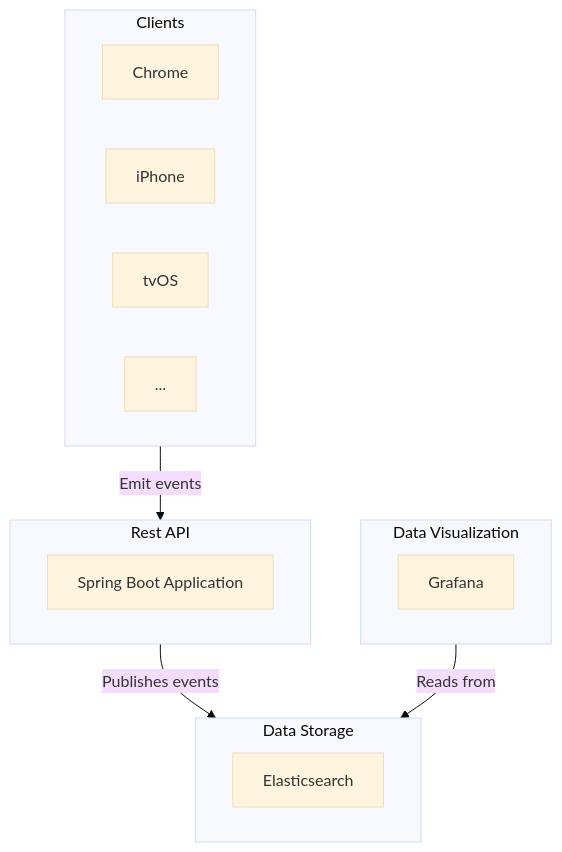
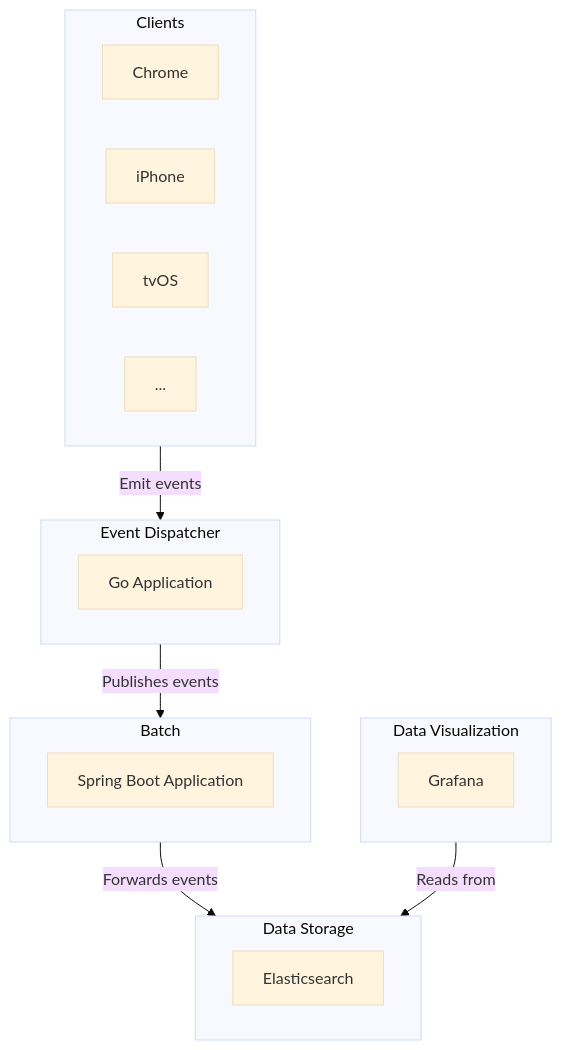
One commit to jboix/event-visualizer changed the diagram in docs/README.md. Above: the diagram before and after it, drawn with Mermaid (base theme). The commit also changed 45 other files, not shown here.

Commit message:
feat: add go event dispatcher and adapt kotlin application

````diff
--- a/docs/README.md
+++ b/docs/README.md
@@ -41,25 +41,30 @@
 ```mermaid
 graph TD
   subgraph Clients
     Chrome
     iPhone
     tvOS
     ...
   end
 
   subgraph I[Data Visualization]
     J[Grafana]
   end
 
-  subgraph A[Rest API]
-    B[Spring Boot Application]
+  subgraph A[Event Dispatcher]
+    B[Go Application]
+  end
+
+   subgraph C[Batch]
+    D[Spring Boot Application]
   end
 
   subgraph G[Data Storage]
     H[Elasticsearch]
   end
 
   Clients -->|Emit events| A
-  A -->|Publishes events| G
+  A -->|Publishes events| C
+  C -->|Forwards events| G
   I -->|Reads from| G
 ```
````
